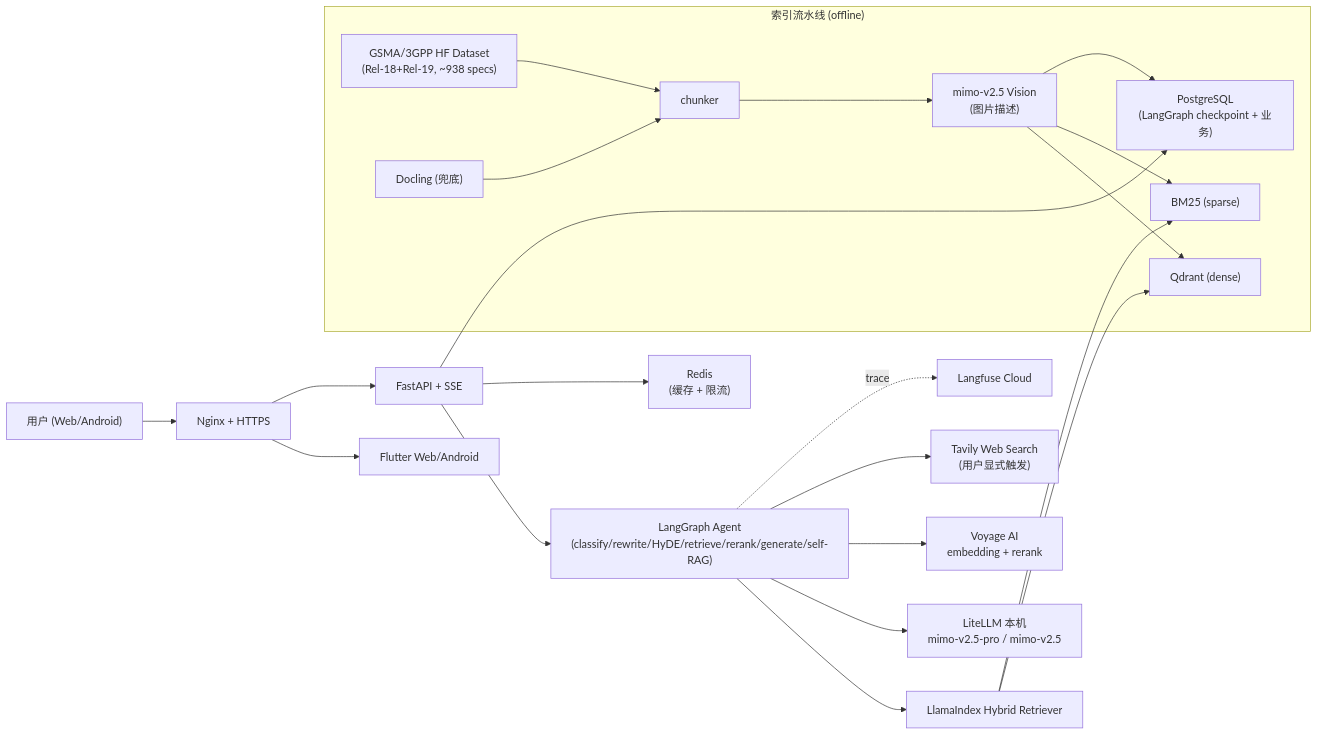
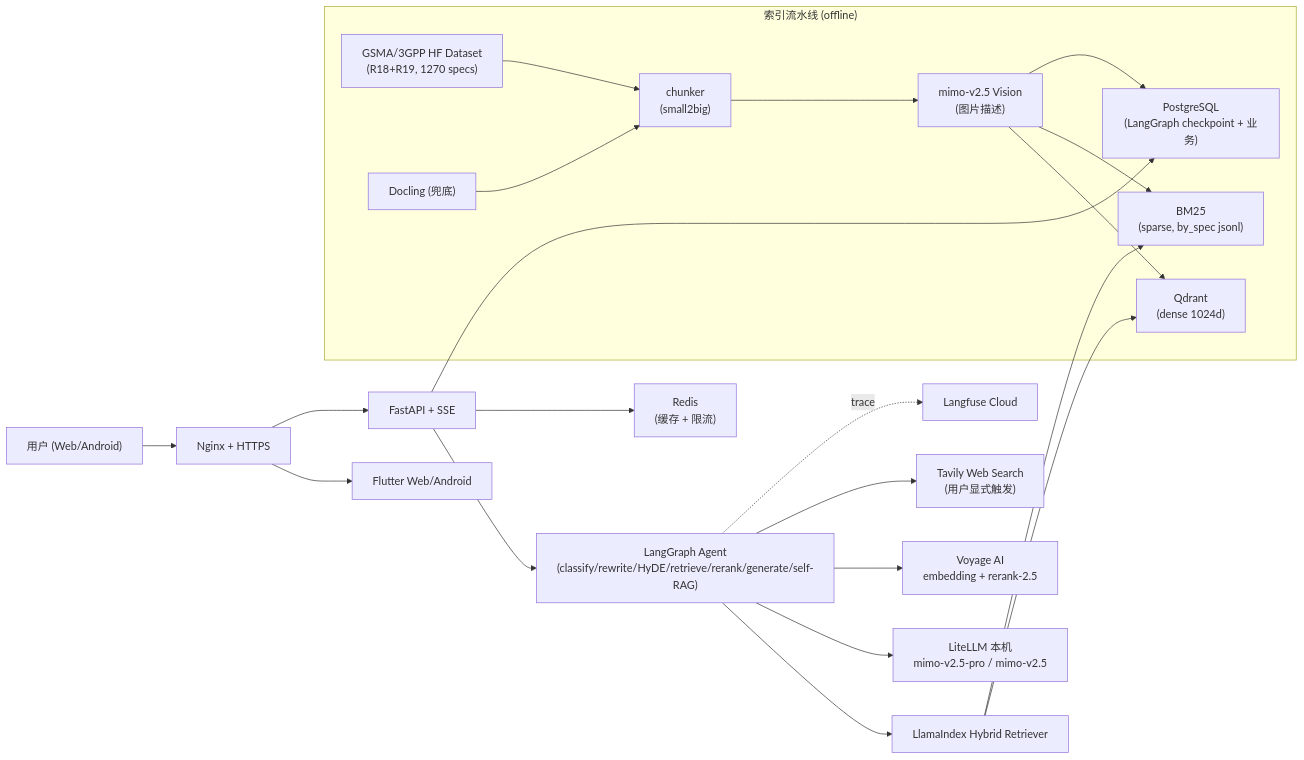
One commit to EpisodeYu/3GPP-Everything changed the third of 3 diagrams in README.md. Above: the diagram before and after it, drawn with Mermaid. The commit also changed other lines of this file, not shown here.

````diff
--- a/README.md
+++ b/README.md
@@ -46,25 +192,25 @@
 ```mermaid
 flowchart LR
     U["用户 (Web/Android)"] --> NX["Nginx + HTTPS"]
     NX --> FE["Flutter Web/Android"]
     NX --> API["FastAPI + SSE"]
     API --> AG["LangGraph Agent<br/>(classify/rewrite/HyDE/retrieve/rerank/generate/self-RAG)"]
     AG --> LI["LlamaIndex Hybrid Retriever"]
-    LI --> QD["Qdrant (dense)"]
-    LI --> BM["BM25 (sparse)"]
+    LI --> QD["Qdrant<br/>(dense 1024d)"]
+    LI --> BM["BM25<br/>(sparse, by_spec jsonl)"]
     AG --> LLM["LiteLLM 本机<br/>mimo-v2.5-pro / mimo-v2.5"]
-    AG --> VG["Voyage AI<br/>embedding + rerank"]
+    AG --> VG["Voyage AI<br/>embedding + rerank-2.5"]
     AG --> TV["Tavily Web Search<br/>(用户显式触发)"]
     API --> PG["PostgreSQL<br/>(LangGraph checkpoint + 业务)"]
     API --> RD["Redis<br/>(缓存 + 限流)"]
     AG -.trace.-> LF["Langfuse Cloud"]
 
     subgraph ingest["索引流水线 (offline)"]
-        H["GSMA/3GPP HF Dataset<br/>(Rel-18+Rel-19, ~938 specs)"] --> CK["chunker"]
+        H["GSMA/3GPP HF Dataset<br/>(R18+R19, 1270 specs)"] --> CK["chunker<br/>(small2big)"]
         DL["Docling (兜底)"] --> CK
         CK --> VS["mimo-v2.5 Vision<br/>(图片描述)"]
         VS --> QD
         VS --> BM
         VS --> PG
     end
 ```
````
